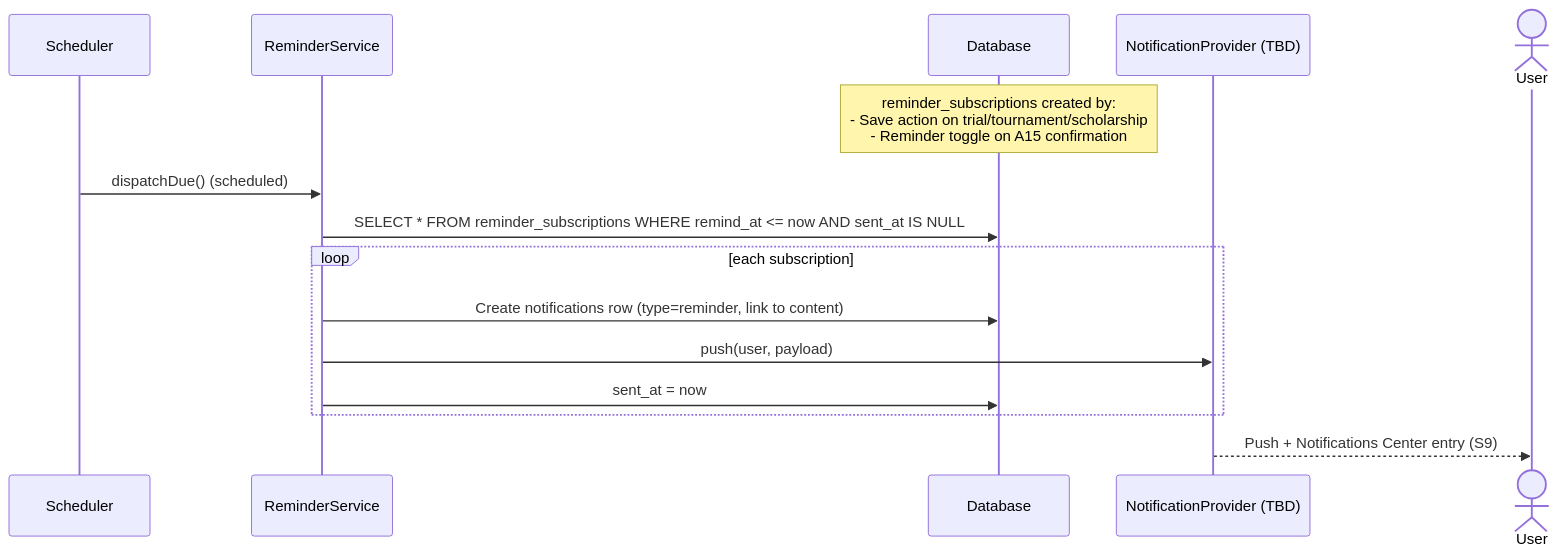
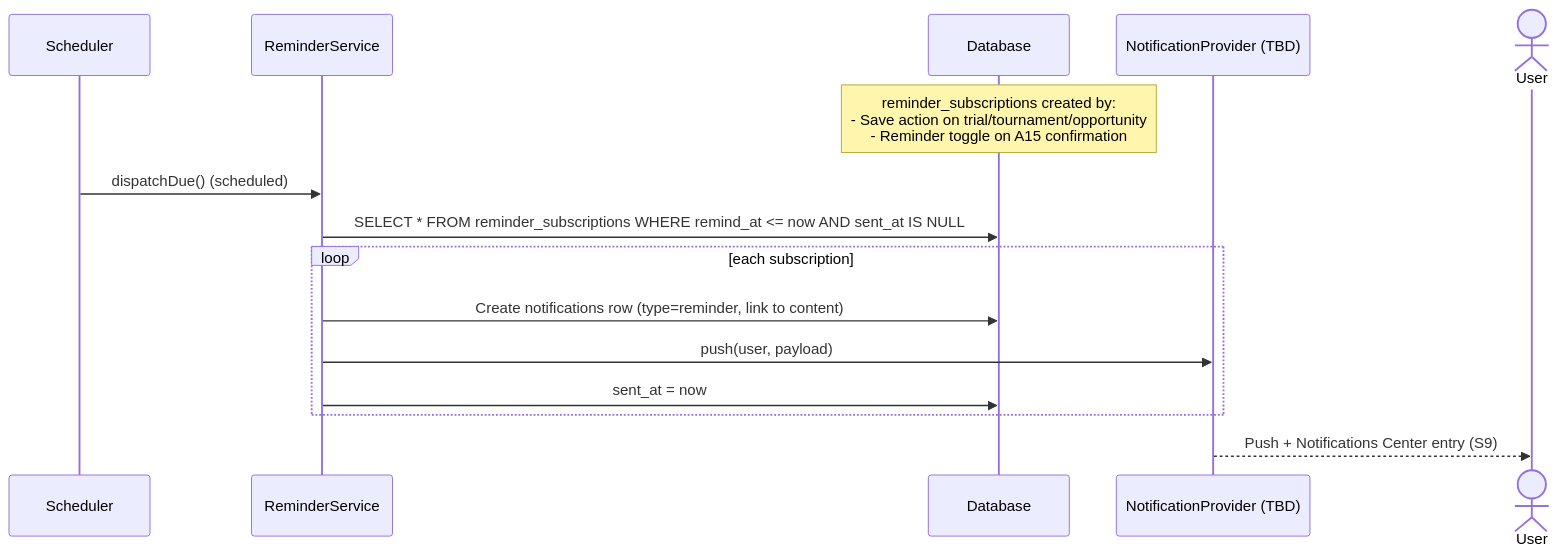
One commit to ManthanBelani/sportsx changed diagram 13 of 18 in docs/System-Flow.md. Above: the diagram before and after it, drawn with Mermaid. The commit also changed other lines of this file and 34 other files, not shown here.

````diff
--- a/docs/System-Flow.md
+++ b/docs/System-Flow.md
@@ -376,18 +382,18 @@
 ```mermaid
 sequenceDiagram
     participant S as Scheduler
     participant RS as ReminderService
     participant DB as Database
     participant NP as NotificationProvider (TBD)
     actor U as User
 
-    Note over DB: reminder_subscriptions created by:<br/>- Save action on trial/tournament/scholarship<br/>- Reminder toggle on A15 confirmation
+    Note over DB: reminder_subscriptions created by:<br/>- Save action on trial/tournament/opportunity<br/>- Reminder toggle on A15 confirmation
     S->>RS: dispatchDue() (scheduled)
     RS->>DB: SELECT * FROM reminder_subscriptions WHERE remind_at <= now AND sent_at IS NULL
     loop each subscription
         RS->>DB: Create notifications row (type=reminder, link to content)
         RS->>NP: push(user, payload)
         RS->>DB: sent_at = now
     end
     NP-->>U: Push + Notifications Center entry (S9)
 ```
````
